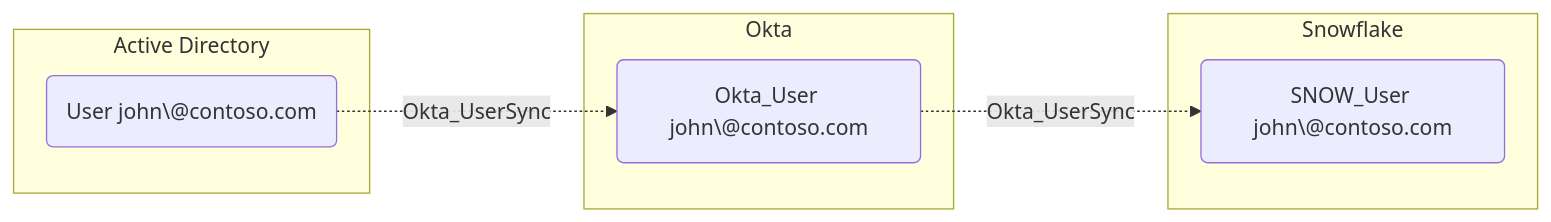
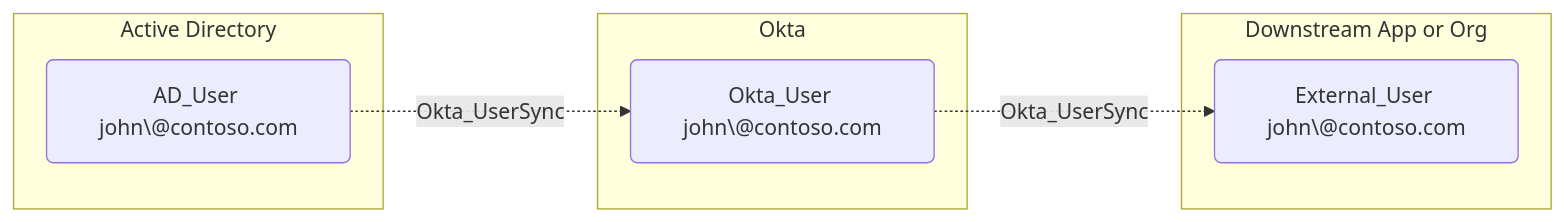
One commit to SpecterOps/openhound-okta changed the diagram in descriptions/edges/Okta_UserSync.md. Above: the diagram before and after it, drawn with Mermaid. The commit also changed other lines of this file and 46 other files, not shown here.

````diff
--- a/descriptions/edges/Okta_UserSync.md
+++ b/descriptions/edges/Okta_UserSync.md
@@ -5,14 +5,14 @@
 ```mermaid
 graph LR
     subgraph ad["Active Directory"]
-        adu1("User john\@contoso.com")
+        adu1("AD_User john\@contoso.com")
     end
     subgraph okta["Okta"]
         u1("Okta_User john\@contoso.com")
         adu1 -. Okta_UserSync .-> u1
     end
-    subgraph snowflake["Snowflake"]
-        snu1("SNOW_User john\@contoso.com")
-        u1 -. Okta_UserSync .-> snu1
+    subgraph target["Downstream App or Org"]
+        extu1("External_User john\@contoso.com")
+        u1 -. Okta_UserSync .-> extu1
     end
 ```
````
